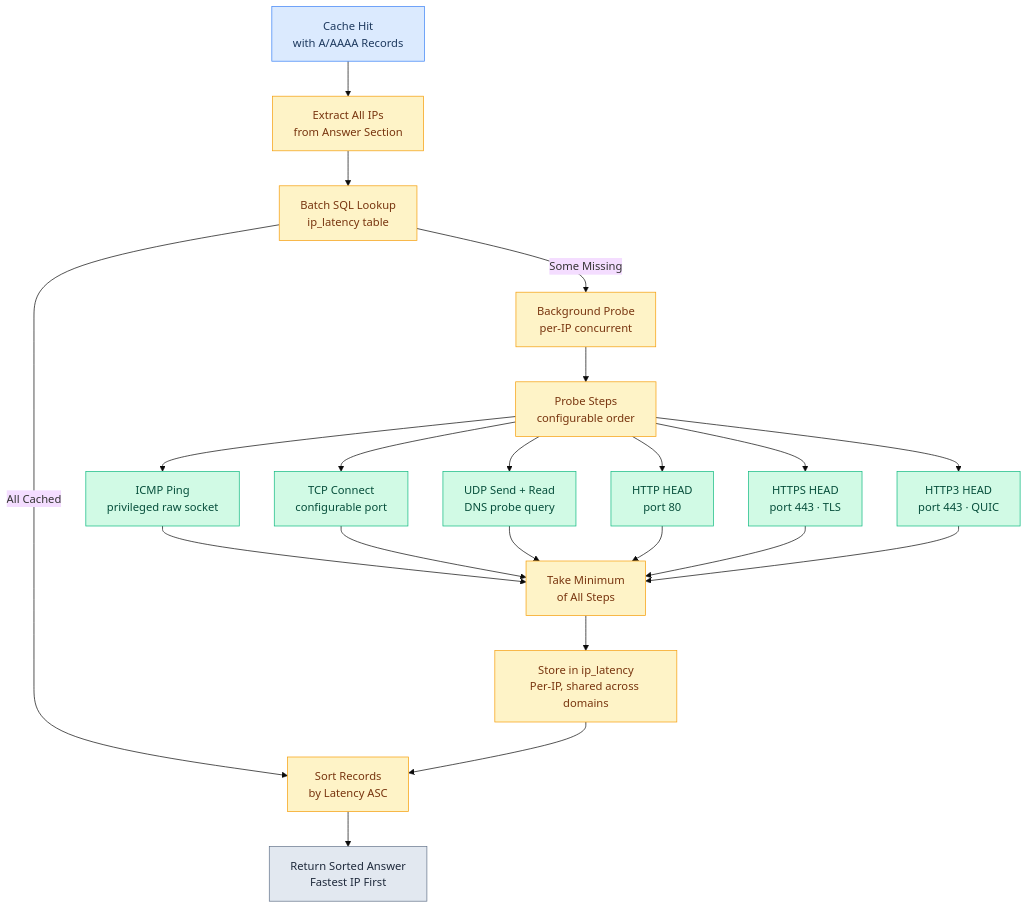
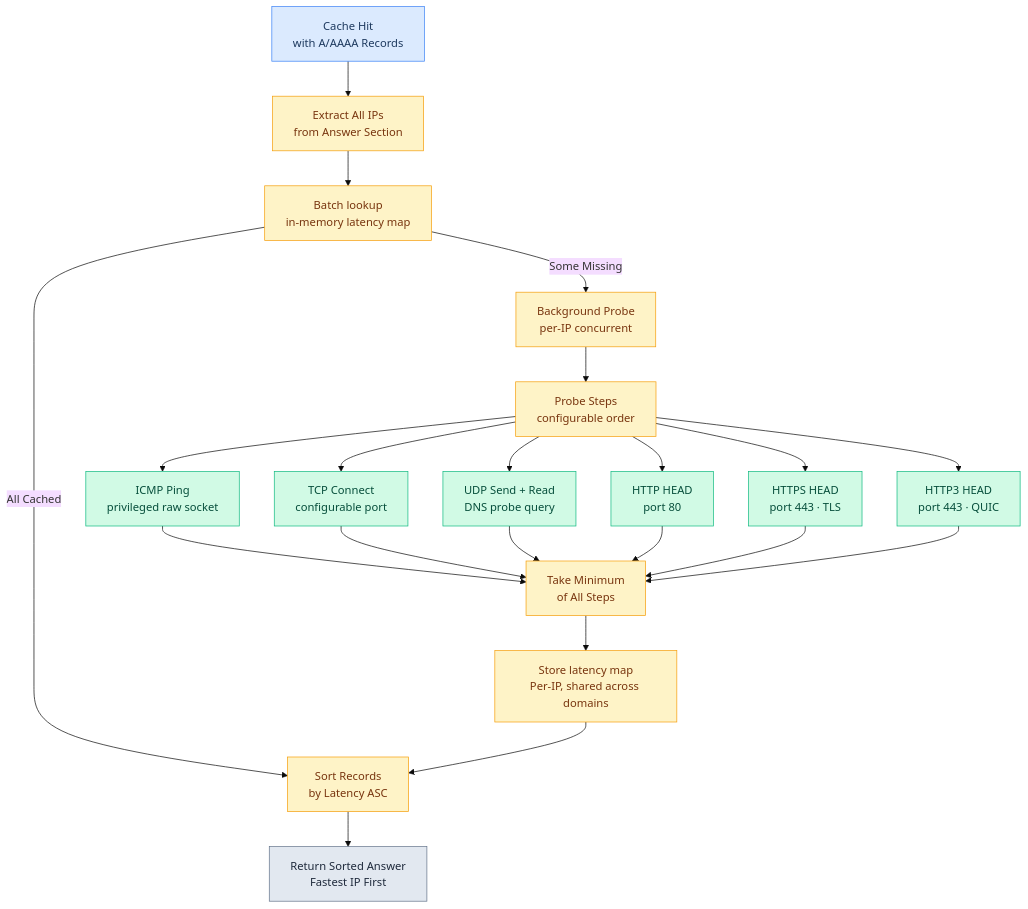
Diagram 21 of 28 in docs/FLOWCHARTS.md (hezhijie0327/ZJDNS), drawn with Mermaid (base theme) before and after one commit. The commit also changed other lines of this file and 33 other files, not shown here.

````diff
--- a/docs/FLOWCHARTS.md
+++ b/docs/FLOWCHARTS.md
@@ -517,35 +516,35 @@
 ```mermaid
 graph TD
     QUERY[Cache Hit<br/>with A/AAAA Records] --> EXTRACT[Extract All IPs<br/>from Answer Section]
-    EXTRACT --> BATCH[Batch SQL Lookup<br/>ip_latency table]
+    EXTRACT --> BATCH[Batch lookup<br/>in-memory latency map]
     BATCH -->|All Cached| SORT[Sort Records<br/>by Latency ASC]
     BATCH -->|Some Missing| PROBE[Background Probe<br/>per-IP concurrent]
 
     PROBE --> STEPS[Probe Steps<br/>configurable order]
     STEPS --> ICMP[ICMP Ping<br/>privileged raw socket]
     STEPS --> TCP[TCP Connect<br/>configurable port]
     STEPS --> UDP[UDP Send + Read<br/>DNS probe query]
     STEPS --> HTTP[HTTP HEAD<br/>port 80]
     STEPS --> HTTPS[HTTPS HEAD<br/>port 443 · TLS]
     STEPS --> HTTP3[HTTP3 HEAD<br/>port 443 · QUIC]
 
     ICMP --> AGG[Take Minimum<br/>of All Steps]
     TCP --> AGG
     UDP --> AGG
     HTTP --> AGG
     HTTPS --> AGG
     HTTP3 --> AGG
 
-    AGG --> STORE[Store in ip_latency<br/>Per-IP, shared across domains]
+    AGG --> STORE[Store latency map<br/>Per-IP, shared across domains]
     STORE --> SORT
 
     SORT --> RETURN[Return Sorted Answer<br/>Fastest IP First]
     classDef start fill:#dbeafe,stroke:#3b82f6,color:#1e3a5f
     classDef proc fill:#fef3c7,stroke:#f59e0b,color:#78350f
     classDef proto fill:#d1fae5,stroke:#10b981,color:#064e3b
     classDef out fill:#e2e8f0,stroke:#64748b,color:#1e293b
     class QUERY start
     class EXTRACT,BATCH,PROBE,STEPS,AGG,STORE,SORT proc
     class ICMP,TCP,UDP,HTTP,HTTPS,HTTP3 proto
     class RETURN out
 ```
````
